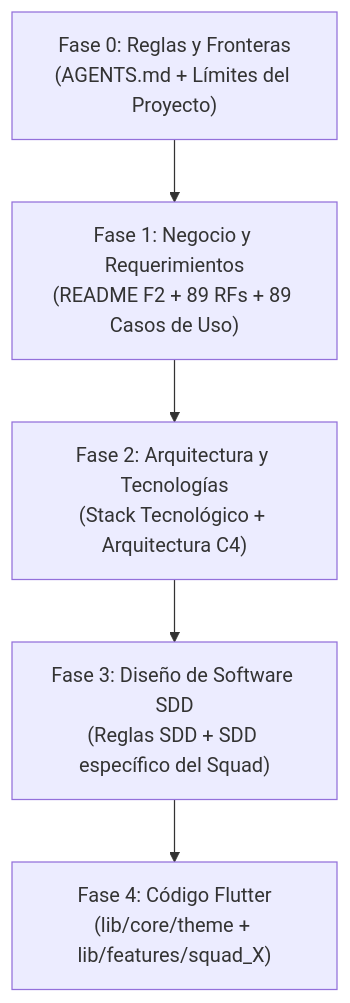
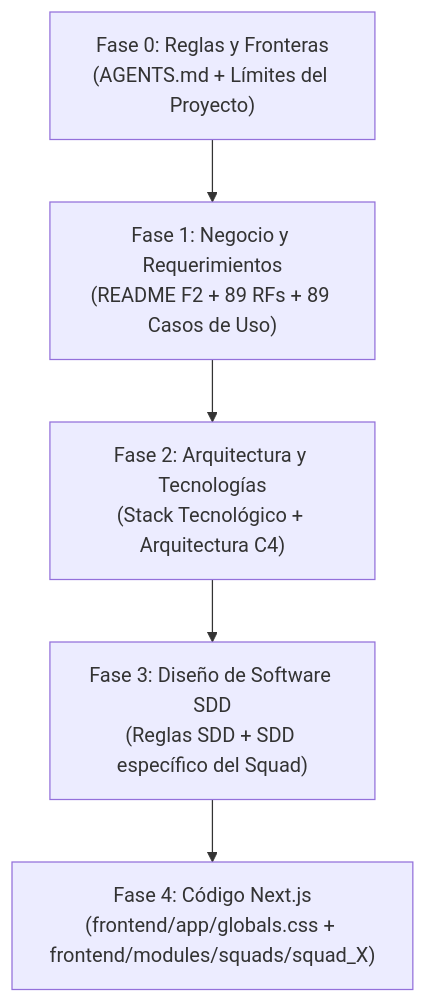
The diagram in .agents/rules/orden_lectura_obligatorio.md (Eduardo-Sebastian-Paipay-Vega/school-management-system), drawn with Mermaid before and after one commit. The commit also changed other lines of this file and 38 other files, not shown here.

````diff
--- a/.agents/rules/orden_lectura_obligatorio.md
+++ b/.agents/rules/orden_lectura_obligatorio.md
@@ -15,7 +15,7 @@
 ```mermaid
 graph TD
     F0["Fase 0: Reglas y Fronteras<br>(AGENTS.md + Límites del Proyecto)"] --> F1["Fase 1: Negocio y Requerimientos<br>(README F2 + 89 RFs + 89 Casos de Uso)"]
     F1 --> F2["Fase 2: Arquitectura y Tecnologías<br>(Stack Tecnológico + Arquitectura C4)"]
     F2 --> F3["Fase 3: Diseño de Software SDD<br>(Reglas SDD + SDD específico del Squad)"]
-    F3 --> F4["Fase 4: Código Flutter<br>(lib/core/theme + lib/features/squad_X)"]
+    F3 --> F4["Fase 4: Código Next.js<br>(frontend/app/globals.css + frontend/modules/squads/squad_X)"]
 ```
````
